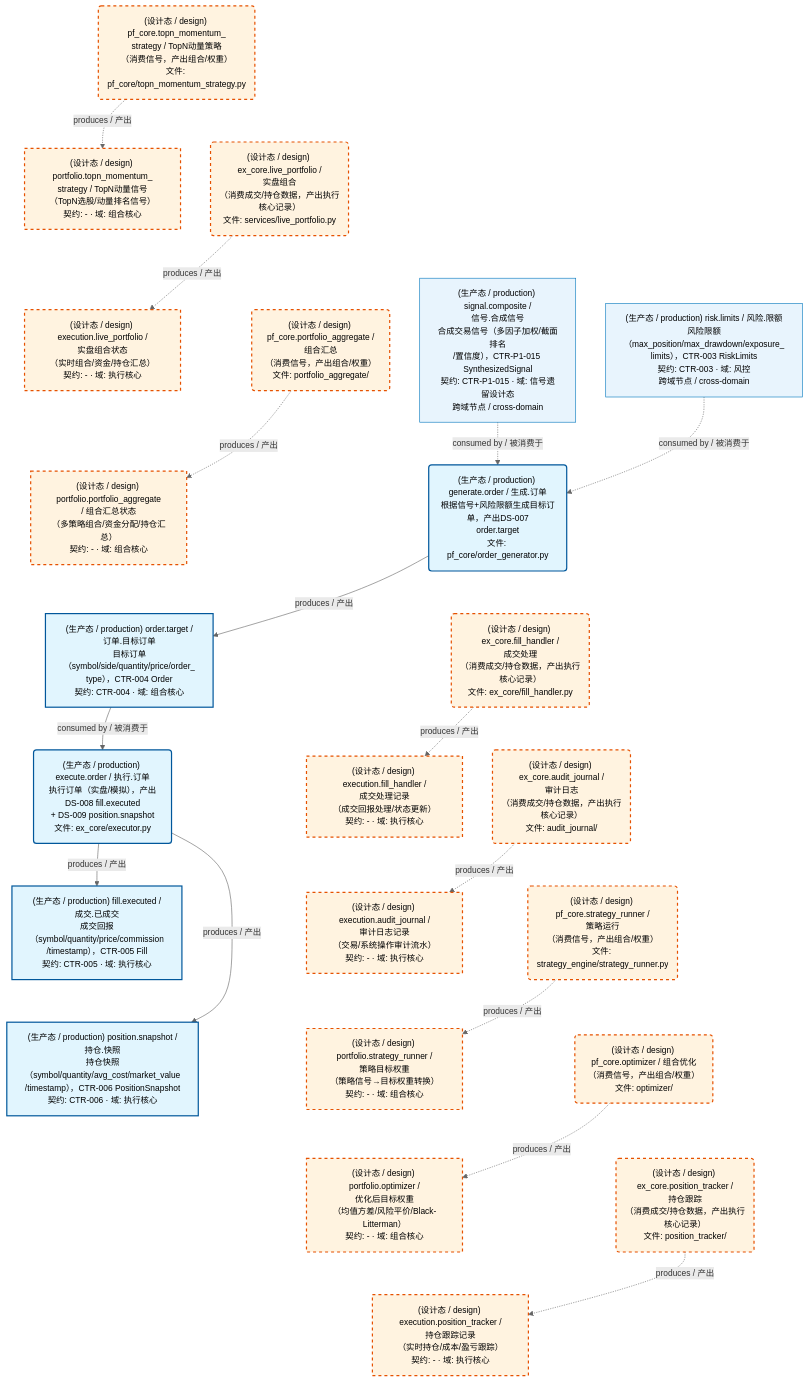
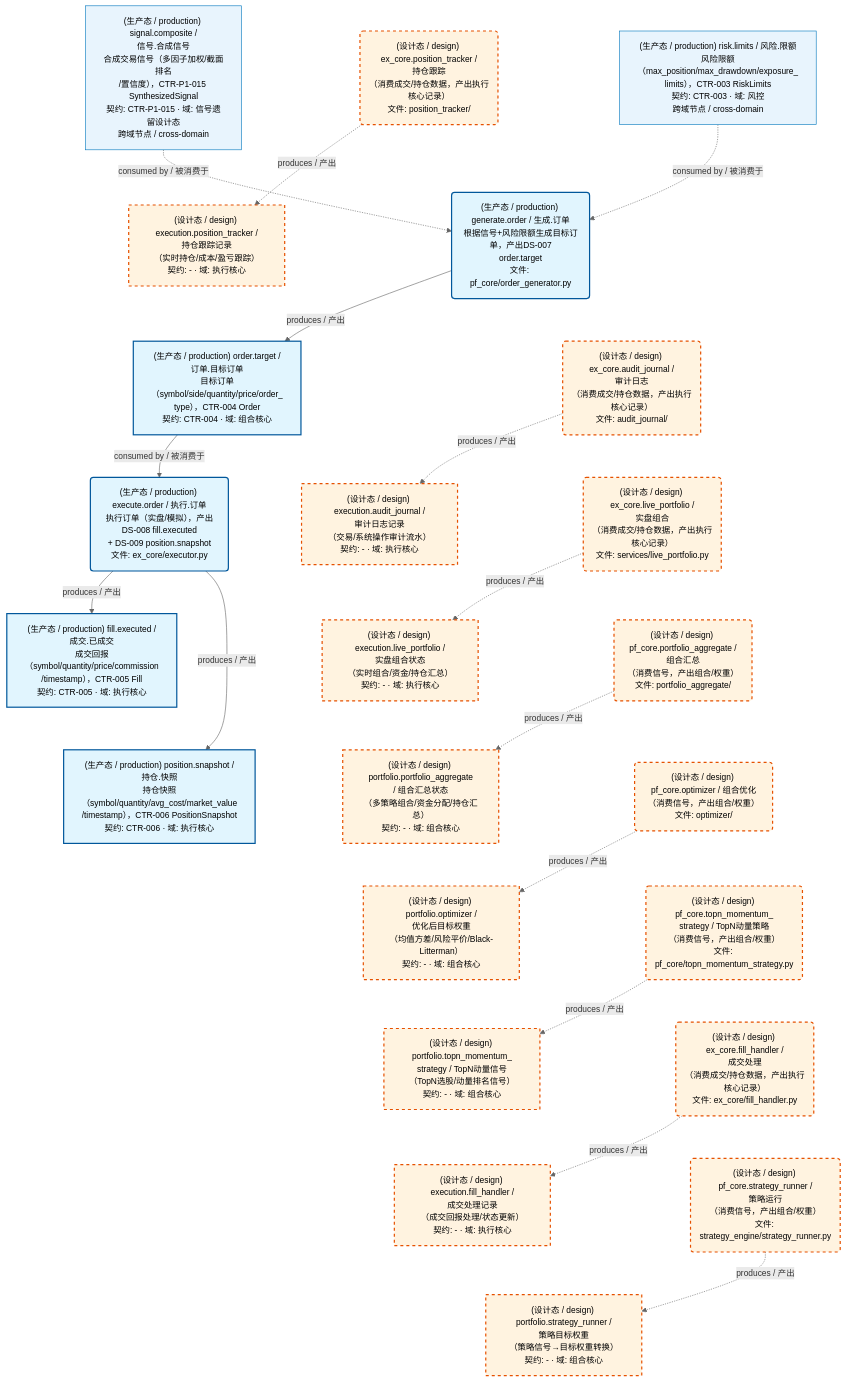
One commit to xuanFelixVan/ZephyrAlpha changed the first of 3 diagrams in docs/02_enterprise_architecture/05_dataflow_architecture/d_ex_pf_core.md. Above: the diagram before and after it, drawn with Mermaid. The commit also changed other lines of this file and 42 other files, not shown here.

````diff
--- a/docs/02_enterprise_architecture/05_dataflow_architecture/d_ex_pf_core.md
+++ b/docs/02_enterprise_architecture/05_dataflow_architecture/d_ex_pf_core.md
@@ -50,65 +50,65 @@
 ```mermaid
 %%{init: {'theme': 'base', 'themeVariables': {'primaryColor': '#eaeaea', 'primaryTextColor': '#333333', 'primaryBorderColor': '#666666', 'lineColor': '#666666', 'secondaryColor': '#eaeaea', 'tertiaryColor': '#eaeaea', 'clusterBkg': 'transparent', 'clusterBorder': 'transparent', 'fontSize': '14px'}}}%%
 flowchart TD
     DS11263["(设计态 / design) execution.audit_journal /<br/>审计日志记录<br/>（交易/系统操作审计流水）<br/>契约: - · 域: 执行核心"]
     DS11264["(设计态 / design) execution.fill_handler /<br/>成交处理记录<br/>（成交回报处理/状态更新）<br/>契约: - · 域: 执行核心"]
     DS11266["(设计态 / design) execution.live_portfolio /<br/>实盘组合状态<br/>（实时组合/资金/持仓汇总）<br/>契约: - · 域: 执行核心"]
     DS11265["(设计态 / design) execution.position_tracker /<br/>持仓跟踪记录<br/>（实时持仓/成本/盈亏跟踪）<br/>契约: - · 域: 执行核心"]
-    DS26862["(生产态 / production) fill.executed /<br/>成交.已成交<br/>成交回报（symbol/quantity/price/commission<br/>/timestamp），CTR-005 Fill<br/>契约: CTR-005 · 域: 执行核心"]
-    DS26861["(生产态 / production) order.target /<br/>订单.目标订单<br/>目标订单（symbol/side/quantity/price/order_<br/>type），CTR-004 Order<br/>契约: CTR-004 · 域: 组合核心"]
+    DS31194["(生产态 / production) fill.executed /<br/>成交.已成交<br/>成交回报（symbol/quantity/price/commission<br/>/timestamp），CTR-005 Fill<br/>契约: CTR-005 · 域: 执行核心"]
+    DS31193["(生产态 / production) order.target /<br/>订单.目标订单<br/>目标订单（symbol/side/quantity/price/order_<br/>type），CTR-004 Order<br/>契约: CTR-004 · 域: 组合核心"]
     DS11267["(设计态 / design) portfolio.optimizer /<br/>优化后目标权重<br/>（均值方差/风险平价/Black-Litterman）<br/>契约: - · 域: 组合核心"]
     DS11268["(设计态 / design) portfolio.portfolio_aggregate<br/>/ 组合汇总状态<br/>（多策略组合/资金分配/持仓汇总）<br/>契约: - · 域: 组合核心"]
     DS11269["(设计态 / design) portfolio.strategy_runner /<br/>策略目标权重<br/>（策略信号→目标权重转换）<br/>契约: - · 域: 组合核心"]
     DS11270["(设计态 / design) portfolio.topn_momentum_<br/>strategy / TopN动量信号<br/>（TopN选股/动量排名信号）<br/>契约: - · 域: 组合核心"]
-    DS26863["(生产态 / production) position.snapshot /<br/>持仓.快照<br/>持仓快照（symbol/quantity/avg_cost/market_value<br/>/timestamp），CTR-006 PositionSnapshot<br/>契约: CTR-006 · 域: 执行核心"]
+    DS31195["(生产态 / production) position.snapshot /<br/>持仓.快照<br/>持仓快照（symbol/quantity/avg_cost/market_value<br/>/timestamp），CTR-006 PositionSnapshot<br/>契约: CTR-006 · 域: 执行核心"]
     JOB757627("(设计态 / design) ex_core.audit_journal /<br/>审计日志<br/>（消费成交/持仓数据，产出执行核心记录）<br/>文件: audit_journal/")
     JOB757628("(设计态 / design) ex_core.fill_handler /<br/>成交处理<br/>（消费成交/持仓数据，产出执行核心记录）<br/>文件: ex_core/fill_handler.py")
     JOB757630("(设计态 / design) ex_core.live_portfolio /<br/>实盘组合<br/>（消费成交/持仓数据，产出执行核心记录）<br/>文件: services/live_portfolio.py")
     JOB757629("(设计态 / design) ex_core.position_tracker /<br/>持仓跟踪<br/>（消费成交/持仓数据，产出执行核心记录）<br/>文件: position_tracker/")
-    JOB1071728("(生产态 / production) execute.order / 执行.订单<br/>执行订单（实盘/模拟），产出DS-008 fill.executed<br/>+ DS-009 position.snapshot<br/>文件: ex_core/executor.py")
-    JOB1071727("(生产态 / production) generate.order / 生成.订单<br/>根据信号+风险限额生成目标订单，产出DS-007<br/>order.target<br/>文件: pf_core/order_generator.py")
+    JOB1154368("(生产态 / production) execute.order / 执行.订单<br/>执行订单（实盘/模拟），产出DS-008 fill.executed<br/>+ DS-009 position.snapshot<br/>文件: ex_core/executor.py")
+    JOB1154367("(生产态 / production) generate.order / 生成.订单<br/>根据信号+风险限额生成目标订单，产出DS-007<br/>order.target<br/>文件: pf_core/order_generator.py")
     JOB757631("(设计态 / design) pf_core.optimizer / 组合优化<br/>（消费信号，产出组合/权重）<br/>文件: optimizer/")
     JOB757632("(设计态 / design) pf_core.portfolio_aggregate /<br/>组合汇总<br/>（消费信号，产出组合/权重）<br/>文件: portfolio_aggregate/")
     JOB757633("(设计态 / design) pf_core.strategy_runner /<br/>策略运行<br/>（消费信号，产出组合/权重）<br/>文件: strategy_engine/strategy_runner.py")
     JOB757634("(设计态 / design) pf_core.topn_momentum_<br/>strategy / TopN动量策略<br/>（消费信号，产出组合/权重）<br/>文件: pf_core/topn_momentum_strategy.py")
-    DS26859["(生产态 / production) signal.composite /<br/>信号.合成信号<br/>合成交易信号（多因子加权/截面排名<br/>/置信度），CTR-P1-015 SynthesizedSignal<br/>契约: CTR-P1-015 · 域: 信号遗留设计态<br/>跨域节点 / cross-domain"]
-    DS26860["(生产态 / production) risk.limits / 风险.限额<br/>风险限额（max_position/max_drawdown/exposure_<br/>limits），CTR-003 RiskLimits<br/>契约: CTR-003 · 域: 风控<br/>跨域节点 / cross-domain"]
-    JOB1071727 -->|produces / 产出| DS26861
-    JOB1071728 -->|produces / 产出| DS26862
-    JOB1071728 -->|produces / 产出| DS26863
+    DS31191["(生产态 / production) signal.composite /<br/>信号.合成信号<br/>合成交易信号（多因子加权/截面排名<br/>/置信度），CTR-P1-015 SynthesizedSignal<br/>契约: CTR-P1-015 · 域: 信号遗留设计态<br/>跨域节点 / cross-domain"]
+    DS31192["(生产态 / production) risk.limits / 风险.限额<br/>风险限额（max_position/max_drawdown/exposure_<br/>limits），CTR-003 RiskLimits<br/>契约: CTR-003 · 域: 风控<br/>跨域节点 / cross-domain"]
+    JOB1154367 -->|produces / 产出| DS31193
+    JOB1154368 -->|produces / 产出| DS31194
+    JOB1154368 -->|produces / 产出| DS31195
     JOB757627 -.->|produces / 产出| DS11263
     JOB757628 -.->|produces / 产出| DS11264
     JOB757629 -.->|produces / 产出| DS11265
     JOB757630 -.->|produces / 产出| DS11266
     JOB757631 -.->|produces / 产出| DS11267
     JOB757632 -.->|produces / 产出| DS11268
     JOB757633 -.->|produces / 产出| DS11269
     JOB757634 -.->|produces / 产出| DS11270
-    DS26859 -.->|consumed by / 被消费于| JOB1071727
-    DS26860 -.->|consumed by / 被消费于| JOB1071727
-    DS26861 -->|consumed by / 被消费于| JOB1071728
-    JOB757634 ~~~ JOB757630
+    DS31191 -.->|consumed by / 被消费于| JOB1154367
+    DS31192 -.->|consumed by / 被消费于| JOB1154367
+    DS31193 -->|consumed by / 被消费于| JOB1154368
+    JOB757629 ~~~ JOB1154367
+    JOB1154367 ~~~ JOB757627
+    JOB757627 ~~~ JOB757630
     JOB757630 ~~~ JOB757632
-    JOB757632 ~~~ JOB1071727
-    JOB1071727 ~~~ JOB757628
-    JOB757628 ~~~ JOB757627
-    JOB757627 ~~~ JOB757633
-    JOB757633 ~~~ JOB757631
-    JOB757631 ~~~ JOB757629
-    DS11270 ~~~ DS11266
+    JOB757632 ~~~ JOB757631
+    JOB757631 ~~~ JOB757634
+    JOB757634 ~~~ JOB757628
+    JOB757628 ~~~ JOB757633
+    DS11265 ~~~ DS31193
+    DS31193 ~~~ DS11263
+    DS11263 ~~~ DS11266
     DS11266 ~~~ DS11268
-    DS11268 ~~~ DS26861
-    DS26861 ~~~ DS11264
-    DS11264 ~~~ DS11263
-    DS11263 ~~~ DS11269
-    DS11269 ~~~ DS11267
-    DS11267 ~~~ DS11265
-    DS26862 ~~~ DS26863
+    DS11268 ~~~ DS11267
+    DS11267 ~~~ DS11270
+    DS11270 ~~~ DS11264
+    DS11264 ~~~ DS11269
+    DS31194 ~~~ DS31195
     classDef production fill:#e1f5fe,stroke:#01579b,stroke-width:2px,color:#000
     classDef design fill:#fff3e0,stroke:#e65100,stroke-width:2px,color:#000,stroke-dasharray: 5 5
     classDef external_prod fill:#e8f4fd,stroke:#0277bd,stroke-width:1px,color:#000
     classDef external_design fill:#fff8e7,stroke:#ef6c00,stroke-width:1px,color:#000,stroke-dasharray: 5 5
-    class DS26862,DS26861,DS26863,JOB1071728,JOB1071727 production
+    class DS31194,DS31193,DS31195,JOB1154368,JOB1154367 production
     class DS11263,DS11264,DS11266,DS11265,DS11267,DS11268,DS11269,DS11270,JOB757627,JOB757628,JOB757630,JOB757629,JOB757631,JOB757632,JOB757633,JOB757634 design
-    class DS26859,DS26860 external_prod
+    class DS31191,DS31192 external_prod
 ```
````
